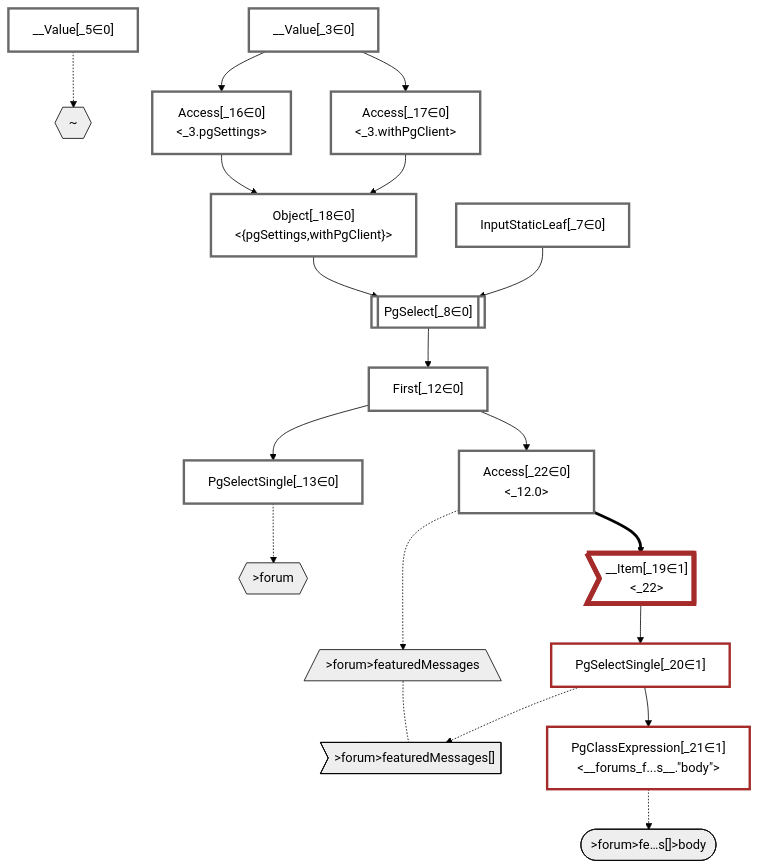
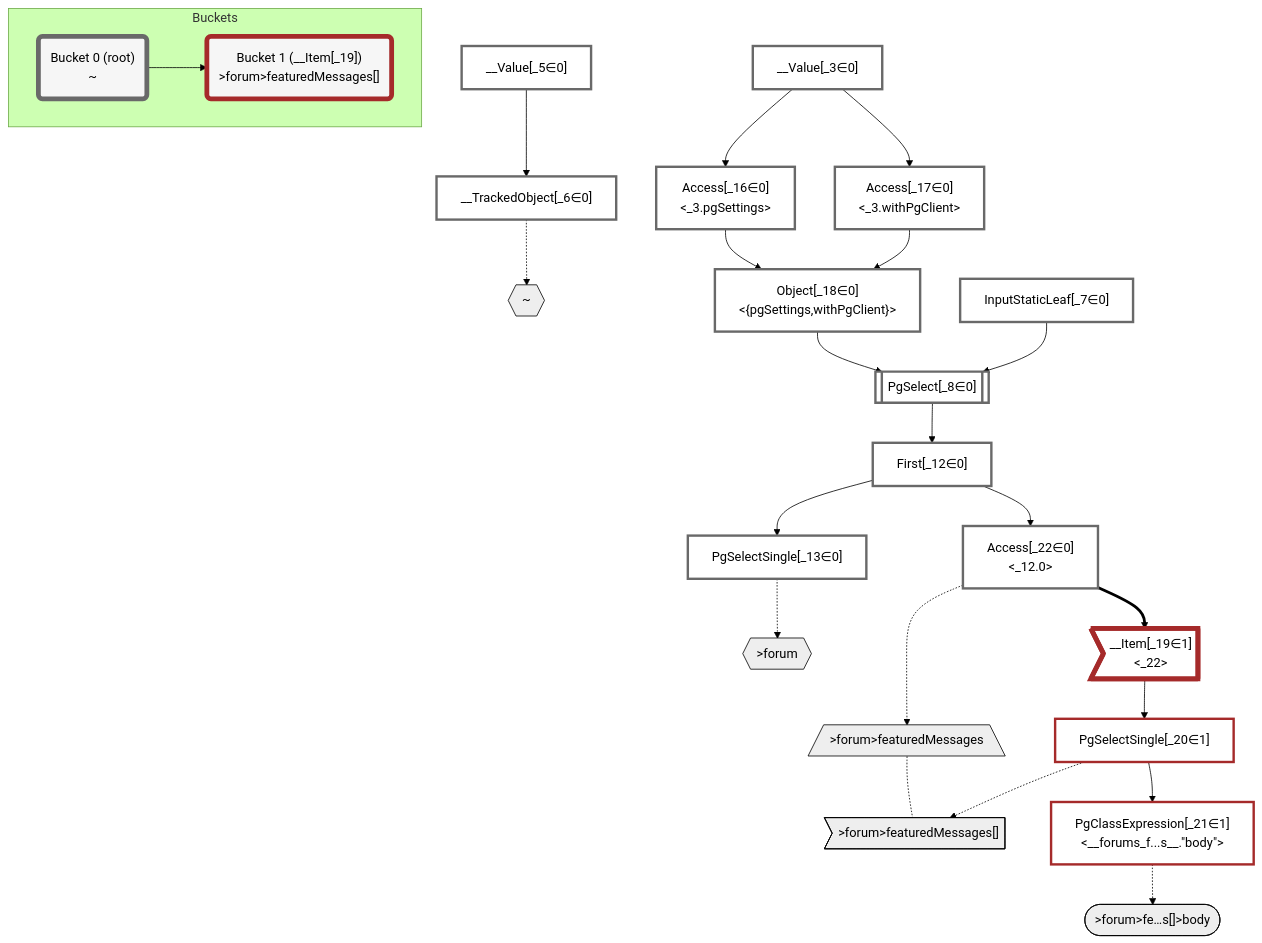
Before and after one commit to graphile/crystal: the diagram in packages/dataplan-pg/__tests__/queries/functions/computed-column-setof-message.mermaid.md, drawn with Mermaid (forest theme). The commit also changed 195 other files, not shown here.

````diff
--- a/packages/dataplan-pg/__tests__/queries/functions/computed-column-setof-message.mermaid.md
+++ b/packages/dataplan-pg/__tests__/queries/functions/computed-column-setof-message.mermaid.md
@@ -1,61 +1,72 @@
 ```mermaid
 graph TD
     classDef path fill:#eee,stroke:#000,color:#000
     classDef plan fill:#fff,stroke-width:3px,color:#000
     classDef itemplan fill:#fff,stroke-width:6px,color:#000
     classDef sideeffectplan fill:#f00,stroke-width:6px,color:#000
+    classDef bucket fill:#f6f6f6,color:#000,stroke-width:6px
 
     %% subgraph fields
     P1{{"~"}}:::path
     P2{{">forum"}}:::path
     P3[/">forum>featuredMessages"\]:::path
     P4>">forum>featuredMessages[]"]:::path
     P3 -.- P4
     P5([">forum>fe…s[]>body"]):::path
     %% P4 -.-> P5
     %% P2 -.-> P3
     %% P1 -.-> P2
     %% end
 
     %% define plans
     __Value_3["__Value[_3∈0]<br /><context>"]:::plan
     __Value_5["__Value[_5∈0]<br /><rootValue>"]:::plan
+    __TrackedObject_6["__TrackedObject[_6∈0]"]:::plan
     InputStaticLeaf_7["InputStaticLeaf[_7∈0]"]:::plan
     PgSelect_8[["PgSelect[_8∈0]<br /><forums>"]]:::plan
     First_12["First[_12∈0]"]:::plan
     PgSelectSingle_13["PgSelectSingle[_13∈0]<br /><forums>"]:::plan
     Access_16["Access[_16∈0]<br /><_3.pgSettings>"]:::plan
     Access_17["Access[_17∈0]<br /><_3.withPgClient>"]:::plan
     Object_18["Object[_18∈0]<br /><{pgSettings,withPgClient}>"]:::plan
     __Item_19>"__Item[_19∈1]<br /><_22>"]:::itemplan
     PgSelectSingle_20["PgSelectSingle[_20∈1]<br /><forums_featured_messages>"]:::plan
     PgClassExpression_21["PgClassExpression[_21∈1]<br /><__forums_f...s__.#quot;body#quot;>"]:::plan
     Access_22["Access[_22∈0]<br /><_12.0>"]:::plan
 
     %% plan dependencies
+    __Value_5 --> __TrackedObject_6
     Object_18 --> PgSelect_8
     InputStaticLeaf_7 --> PgSelect_8
     PgSelect_8 --> First_12
     First_12 --> PgSelectSingle_13
     __Value_3 --> Access_16
     __Value_3 --> Access_17
     Access_16 --> Object_18
     Access_17 --> Object_18
     Access_22 ==> __Item_19
     __Item_19 --> PgSelectSingle_20
     PgSelectSingle_20 --> PgClassExpression_21
     First_12 --> Access_22
 
     %% plan-to-path relationships
-    __Value_5 -.-> P1
+    __TrackedObject_6 -.-> P1
     PgSelectSingle_13 -.-> P2
     Access_22 -.-> P3
     PgSelectSingle_20 -.-> P4
     PgClassExpression_21 -.-> P5
 
     %% allocate buckets
     classDef bucket0 stroke:#696969
-    class __Value_3,__Value_5,InputStaticLeaf_7,PgSelect_8,First_12,PgSelectSingle_13,Access_16,Access_17,Object_18,Access_22 bucket0
+    class __Value_3,__Value_5,__TrackedObject_6,InputStaticLeaf_7,PgSelect_8,First_12,PgSelectSingle_13,Access_16,Access_17,Object_18,Access_22 bucket0
     classDef bucket1 stroke:#a52a2a
     class __Item_19,PgSelectSingle_20,PgClassExpression_21 bucket1
+
+    subgraph Buckets
+    Bucket0("Bucket 0 (root)<br />~"):::bucket
+    style Bucket0 stroke:#696969
+    Bucket1("Bucket 1 (__Item[_19])<br />>forum>featuredMessages[]"):::bucket
+    style Bucket1 stroke:#a52a2a
+    Bucket0 --> Bucket1
+    end
 ```
````
